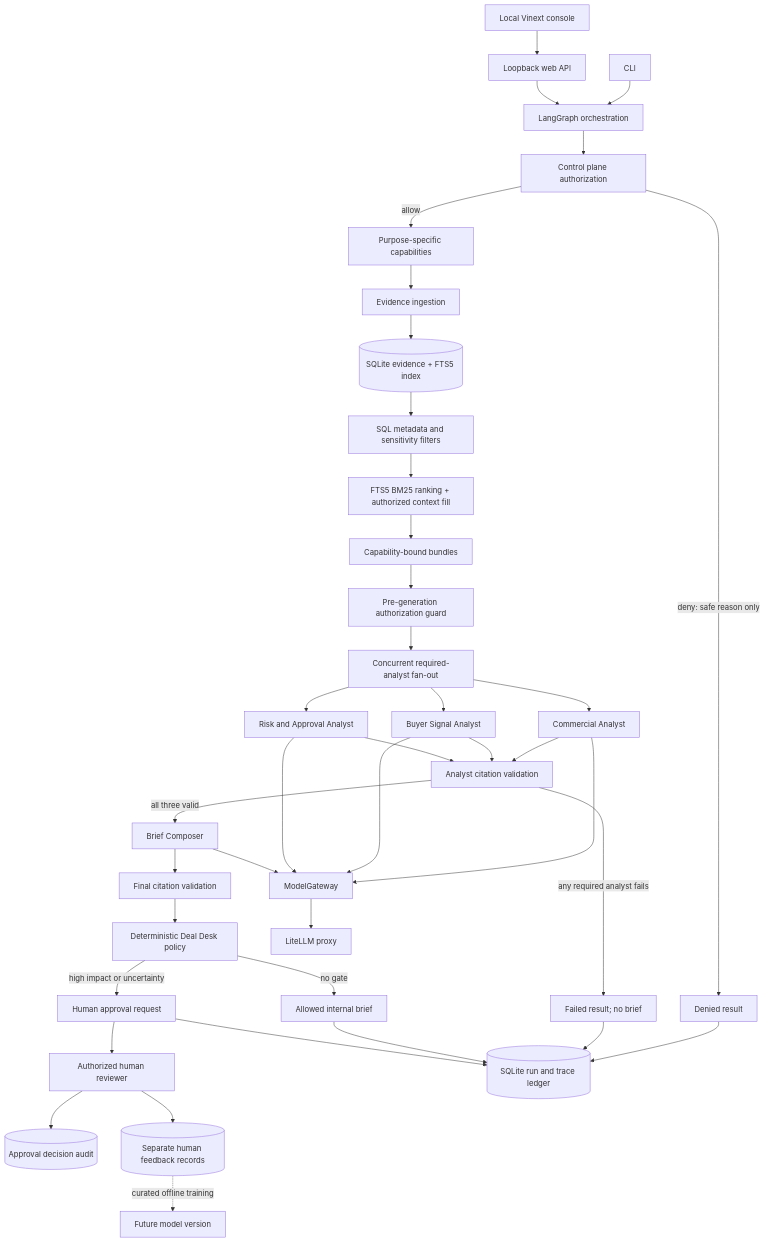
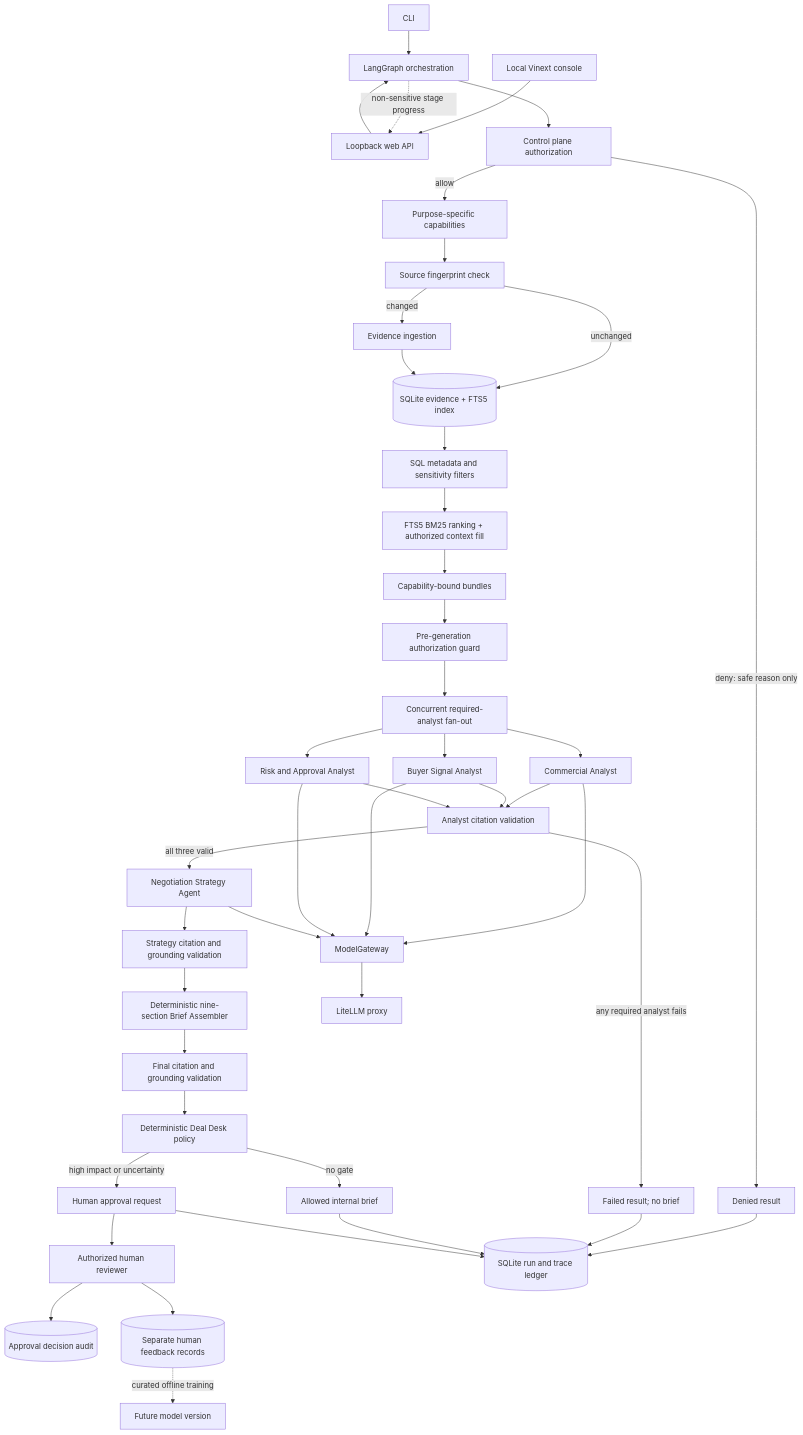
One commit to tamarg3266/Strategic-Deal-Intelligence-Assistant changed the diagram in docs/architecture.mmd. Above: the diagram before and after it, drawn with Mermaid. The commit also changed 52 other files, not shown here.

```diff
--- a/docs/architecture.mmd
+++ b/docs/architecture.mmd
@@ -1,44 +1,49 @@
 flowchart TB
   CLI[CLI] --> GRAPH[LangGraph orchestration]
   WEB[Local Vinext console] --> API[Loopback web API]
   API --> GRAPH
+  GRAPH -. non-sensitive stage progress .-> API
   GRAPH --> AUTH[Control plane authorization]
   AUTH -->|deny: safe reason only| DENIED[Denied result]
   AUTH -->|allow| CAPS[Purpose-specific capabilities]
 
-  CAPS --> INGEST[Evidence ingestion]
+  CAPS --> CHANGE[Source fingerprint check]
+  CHANGE -->|changed| INGEST[Evidence ingestion]
+  CHANGE -->|unchanged| EDB
   INGEST --> EDB[(SQLite evidence + FTS5 index)]
   EDB --> FILTER[SQL metadata and sensitivity filters]
   FILTER --> RANK[FTS5 BM25 ranking + authorized context fill]
   RANK --> BUNDLES[Capability-bound bundles]
   BUNDLES --> GUARD[Pre-generation authorization guard]
 
   GUARD --> FANOUT[Concurrent required-analyst fan-out]
   FANOUT --> CA[Commercial Analyst]
   FANOUT --> BA[Buyer Signal Analyst]
   FANOUT --> RA[Risk and Approval Analyst]
   CA --> CV[Analyst citation validation]
   BA --> CV
   RA --> CV
-  CV -->|all three valid| BC[Brief Composer]
+  CV -->|all three valid| NS[Negotiation Strategy Agent]
   CV -->|any required analyst fails| FAILED[Failed result; no brief]
-  BC --> FV[Final citation validation]
+  NS --> SV[Strategy citation and grounding validation]
+  SV --> ASSEMBLE[Deterministic nine-section Brief Assembler]
+  ASSEMBLE --> FV[Final citation and grounding validation]
   FV --> POLICY[Deterministic Deal Desk policy]
 
   CA --> MG[ModelGateway]
   BA --> MG
   RA --> MG
-  BC --> MG
+  NS --> MG
   MG --> LITE[LiteLLM proxy]
 
   POLICY -->|no gate| ALLOWED[Allowed internal brief]
   POLICY -->|high impact or uncertainty| APPROVAL[Human approval request]
   APPROVAL --> HUMAN[Authorized human reviewer]
   HUMAN --> DECISIONS[(Approval decision audit)]
   HUMAN --> FEEDBACK[(Separate human feedback records)]
   FEEDBACK -. curated offline training .-> MODEL[Future model version]
 
   DENIED --> RUNDB[(SQLite run and trace ledger)]
   FAILED --> RUNDB
   ALLOWED --> RUNDB
   APPROVAL --> RUNDB
```
